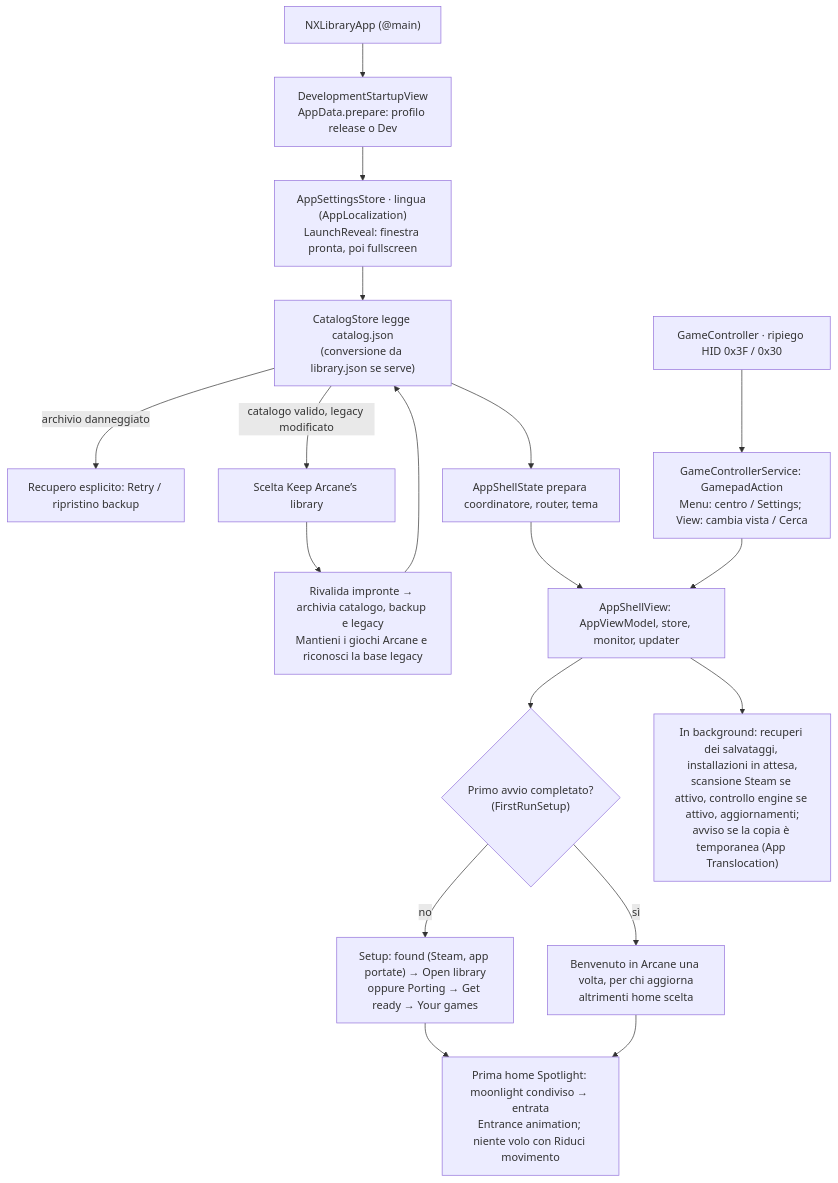
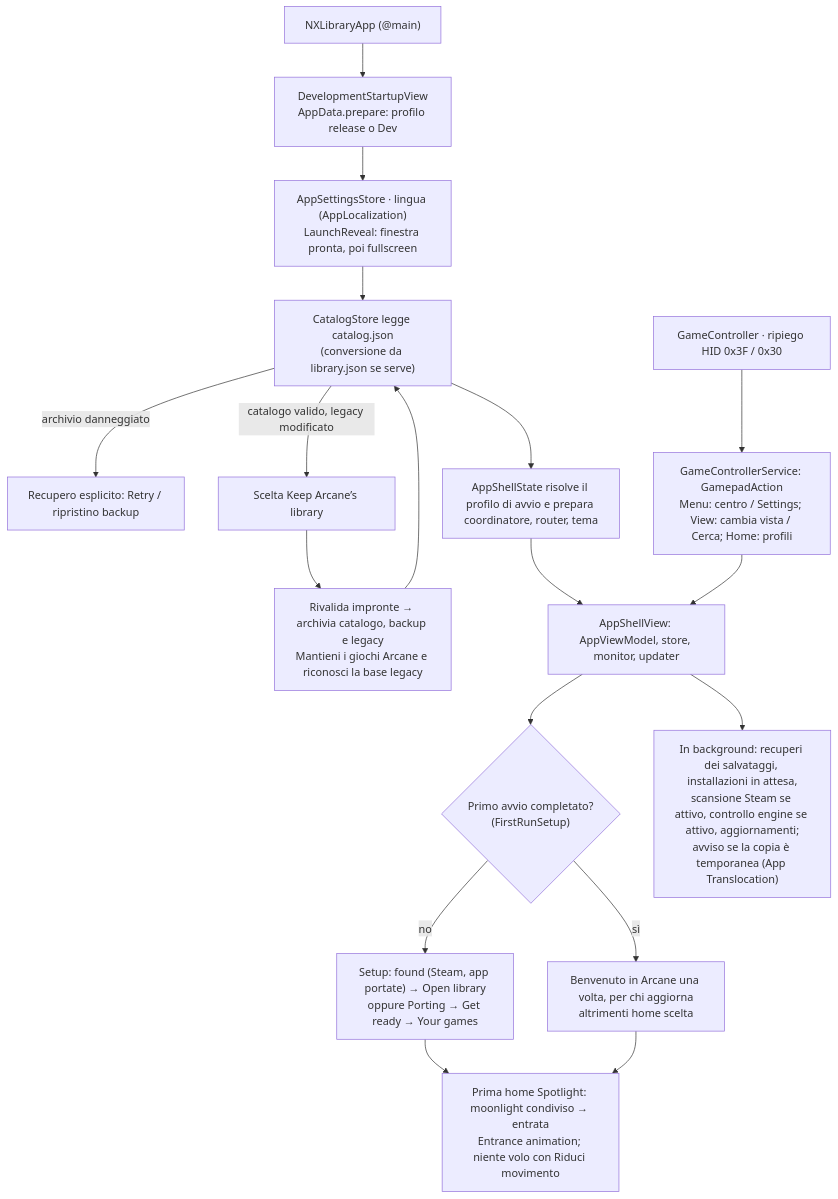
Before and after one commit to sofianbll/NxLibrary: the first of 9 diagrams in docs/how-it-works/flows.md, drawn with Mermaid. The commit also changed other lines of this file and 35 other files, not shown here.

````diff
--- a/docs/how-it-works/flows.md
+++ b/docs/how-it-works/flows.md
@@ -17,20 +17,20 @@
 ```mermaid
 flowchart TD
     A["NXLibraryApp (@main)"] --> B["DevelopmentStartupView<br/>AppData.prepare: profilo release o Dev"]
     B --> C["AppSettingsStore · lingua (AppLocalization)<br/>LaunchReveal: finestra pronta, poi fullscreen"]
     C --> D["CatalogStore legge catalog.json<br/>(conversione da library.json se serve)"]
     D -->|"archivio danneggiato"| R["Recupero esplicito: Retry / ripristino backup"]
     D -->|"catalogo valido, legacy modificato"| L["Scelta Keep Arcane’s library"]
     L --> LA["Rivalida impronte → archivia catalogo, backup e legacy<br/>Mantieni i giochi Arcane e riconosci la base legacy"]
     LA --> D
-    D --> E["AppShellState prepara coordinatore, router, tema"]
+    D --> E["AppShellState risolve il profilo di avvio e prepara coordinatore, router, tema"]
     E --> F["AppShellView: AppViewModel, store, monitor, updater"]
     F --> G{"Primo avvio completato?<br/>(FirstRunSetup)"}
     G -->|"no"| H["Setup: found (Steam, app portate) → Open library<br/>oppure Porting → Get ready → Your games"]
     G -->|"sì"| I["Benvenuto in Arcane una volta, per chi aggiorna<br/>altrimenti home scelta"]
     H --> K["Prima home Spotlight: moonlight condiviso → entrata<br/>Entrance animation; niente volo con Riduci movimento"]
     I --> K
     F --> J["In background: recuperi dei salvataggi, installazioni in attesa,<br/>scansione Steam se attivo, controllo engine se attivo, aggiornamenti;<br/>avviso se la copia è temporanea (App Translocation)"]
-    P["GameController · ripiego HID 0x3F / 0x30"] --> Q["GameControllerService: GamepadAction<br/>Menu: centro / Settings; View: cambia vista / Cerca"]
+    P["GameController · ripiego HID 0x3F / 0x30"] --> Q["GameControllerService: GamepadAction<br/>Menu: centro / Settings; View: cambia vista / Cerca; Home: profili"]
     Q --> F
 ```
````
